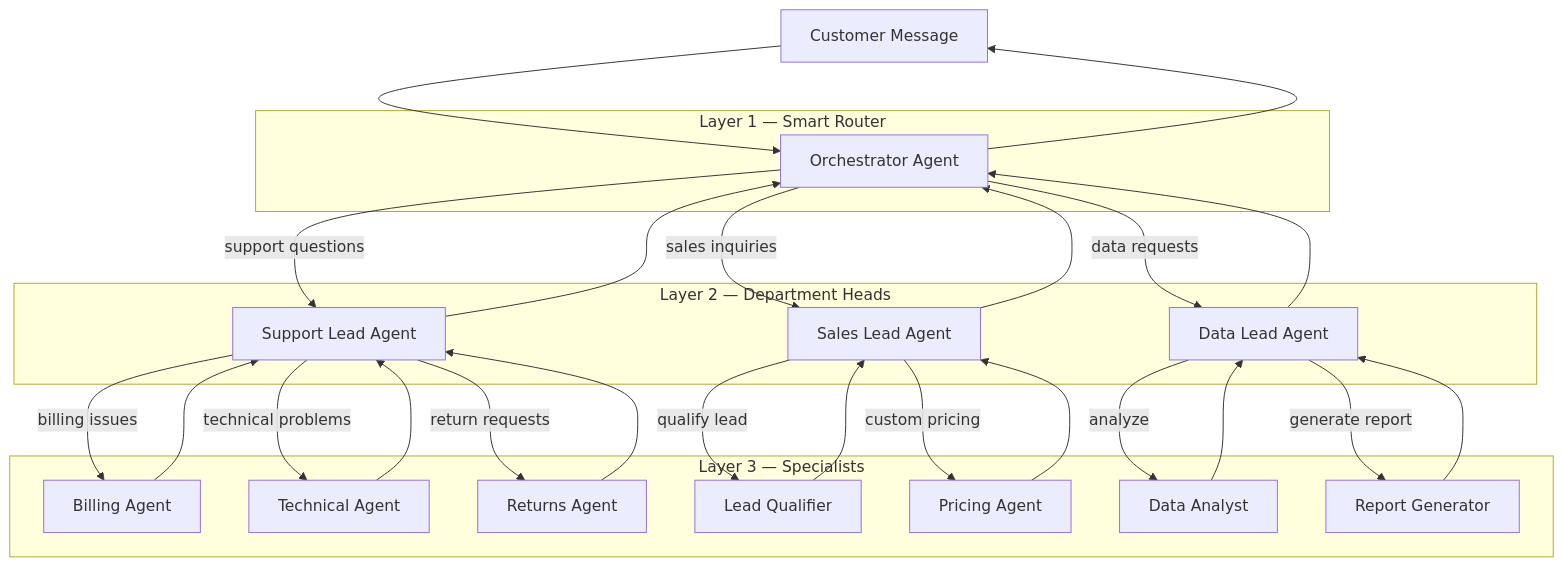
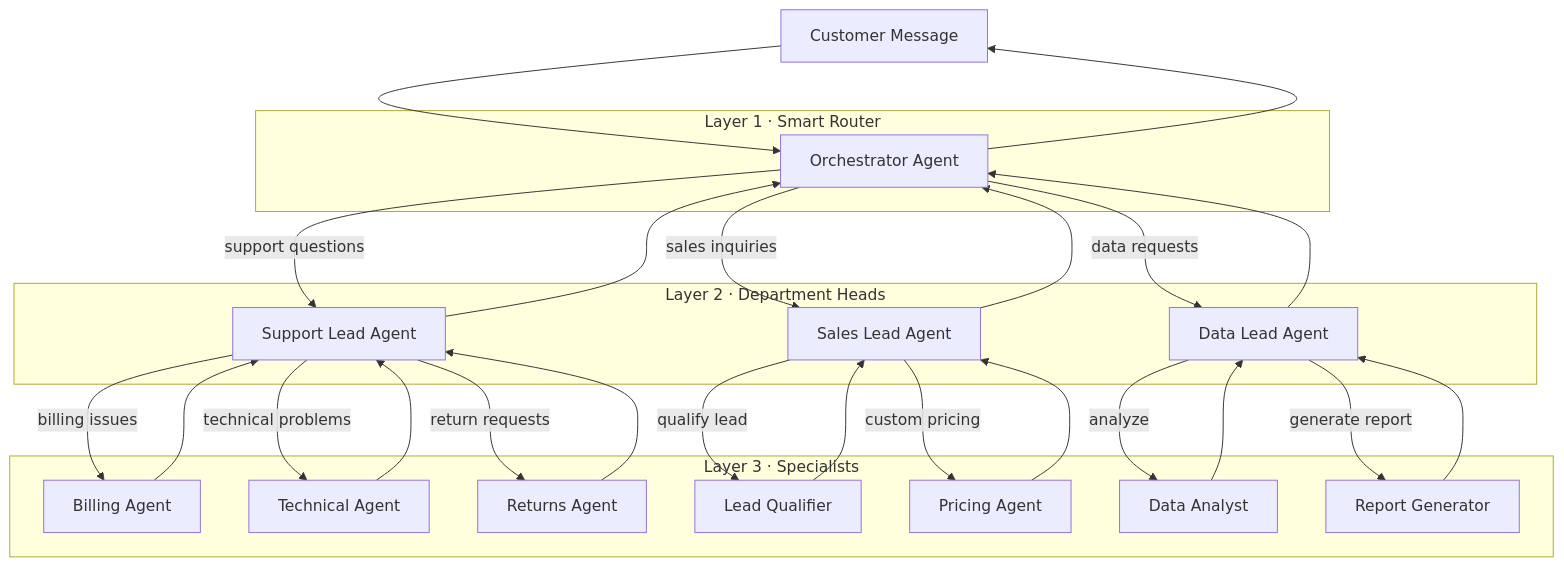
One commit to marmancakbay/mintlify-docs changed the diagram in agents/multi-agent-orchestration.mdx. Above: the diagram before and after it, drawn with Mermaid. The commit also changed other lines of this file and 174 other files, not shown here.

````diff
--- a/agents/multi-agent-orchestration.mdx
+++ b/agents/multi-agent-orchestration.mdx
@@ -26,52 +26,52 @@
 ```mermaid
 flowchart TB
     USER[Customer Message]
 
-    subgraph "Layer 1 — Smart Router"
+    subgraph "Layer 1 · Smart Router"
         ROUTER[Orchestrator Agent]
     end
 
-    subgraph "Layer 2 — Department Heads"
+    subgraph "Layer 2 · Department Heads"
         SUPPORT[Support Lead Agent]
         SALES[Sales Lead Agent]
         DATA[Data Lead Agent]
     end
 
-    subgraph "Layer 3 — Specialists"
+    subgraph "Layer 3 · Specialists"
         BILLING[Billing Agent]
         TECH[Technical Agent]
         RETURNS[Returns Agent]
         QUALIFY[Lead Qualifier]
         PRICING[Pricing Agent]
         ANALYST[Data Analyst]
         REPORTER[Report Generator]
     end
 
     USER --> ROUTER
     ROUTER -->|"support questions"| SUPPORT
     ROUTER -->|"sales inquiries"| SALES
     ROUTER -->|"data requests"| DATA
 
     SUPPORT -->|"billing issues"| BILLING
     SUPPORT -->|"technical problems"| TECH
     SUPPORT -->|"return requests"| RETURNS
 
     SALES -->|"qualify lead"| QUALIFY
     SALES -->|"custom pricing"| PRICING
 
     DATA -->|"analyze"| ANALYST
     DATA -->|"generate report"| REPORTER
 
     BILLING --> SUPPORT
     TECH --> SUPPORT
     RETURNS --> SUPPORT
     QUALIFY --> SALES
     PRICING --> SALES
     ANALYST --> DATA
     REPORTER --> DATA
 
     SUPPORT --> ROUTER
     SALES --> ROUTER
     DATA --> ROUTER
     ROUTER --> USER
 ```
````
